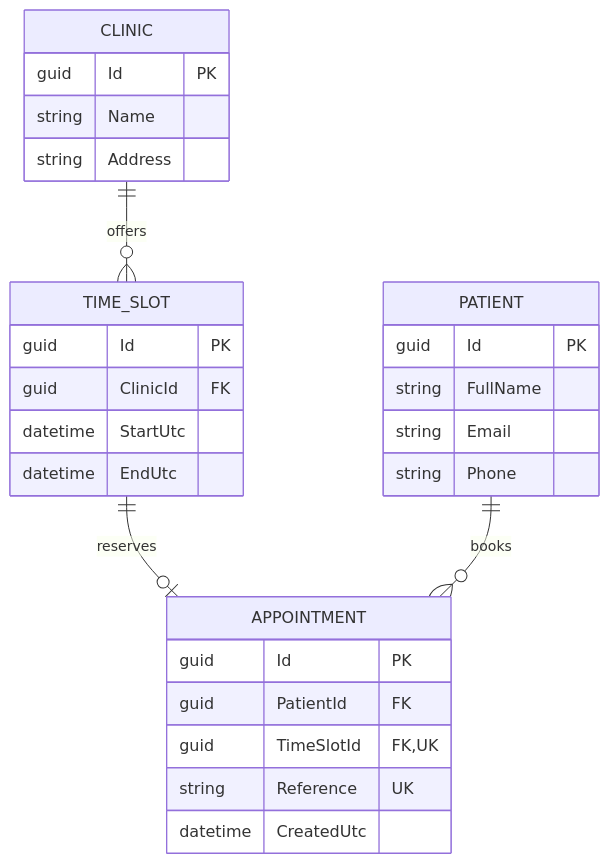
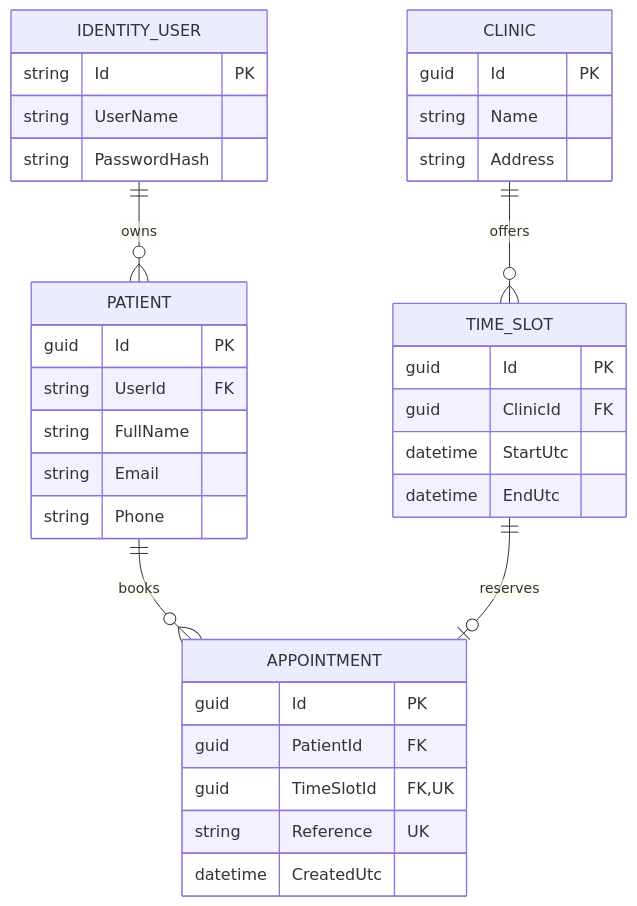
Before and after one commit to mabuselamelboure-arch/PHCIS-Clinic-Booking-System: the second of 3 diagrams in docs/Design.md, drawn with Mermaid. The commit also changed other lines of this file and 21 other files, not shown here.

````diff
--- a/docs/Design.md
+++ b/docs/Design.md
@@ -22,30 +22,37 @@
 ```mermaid
 erDiagram
+    IDENTITY_USER ||--o{ PATIENT : owns
+    PATIENT ||--o{ APPOINTMENT : books
     CLINIC ||--o{ TIME_SLOT : offers
     TIME_SLOT ||--o| APPOINTMENT : reserves
-    PATIENT ||--o{ APPOINTMENT : books
+    IDENTITY_USER {
+        string Id PK
+        string UserName
+        string PasswordHash
+    }
+    PATIENT {
+        guid Id PK
+        string UserId FK
+        string FullName
+        string Email
+        string Phone
+    }
     CLINIC {
         guid Id PK
         string Name
         string Address
     }
     TIME_SLOT {
         guid Id PK
         guid ClinicId FK
         datetime StartUtc
         datetime EndUtc
     }
-    PATIENT {
-        guid Id PK
-        string FullName
-        string Email
-        string Phone
-    }
     APPOINTMENT {
         guid Id PK
         guid PatientId FK
         guid TimeSlotId FK,UK
         string Reference UK
         datetime CreatedUtc
     }
 ```
````
